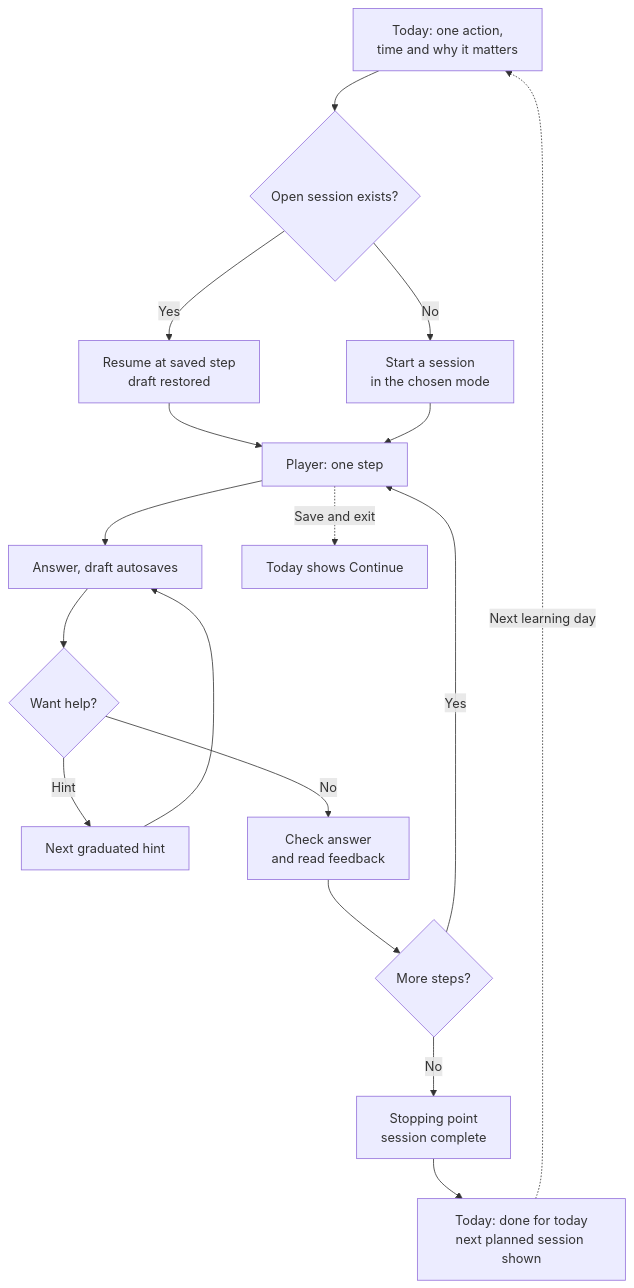
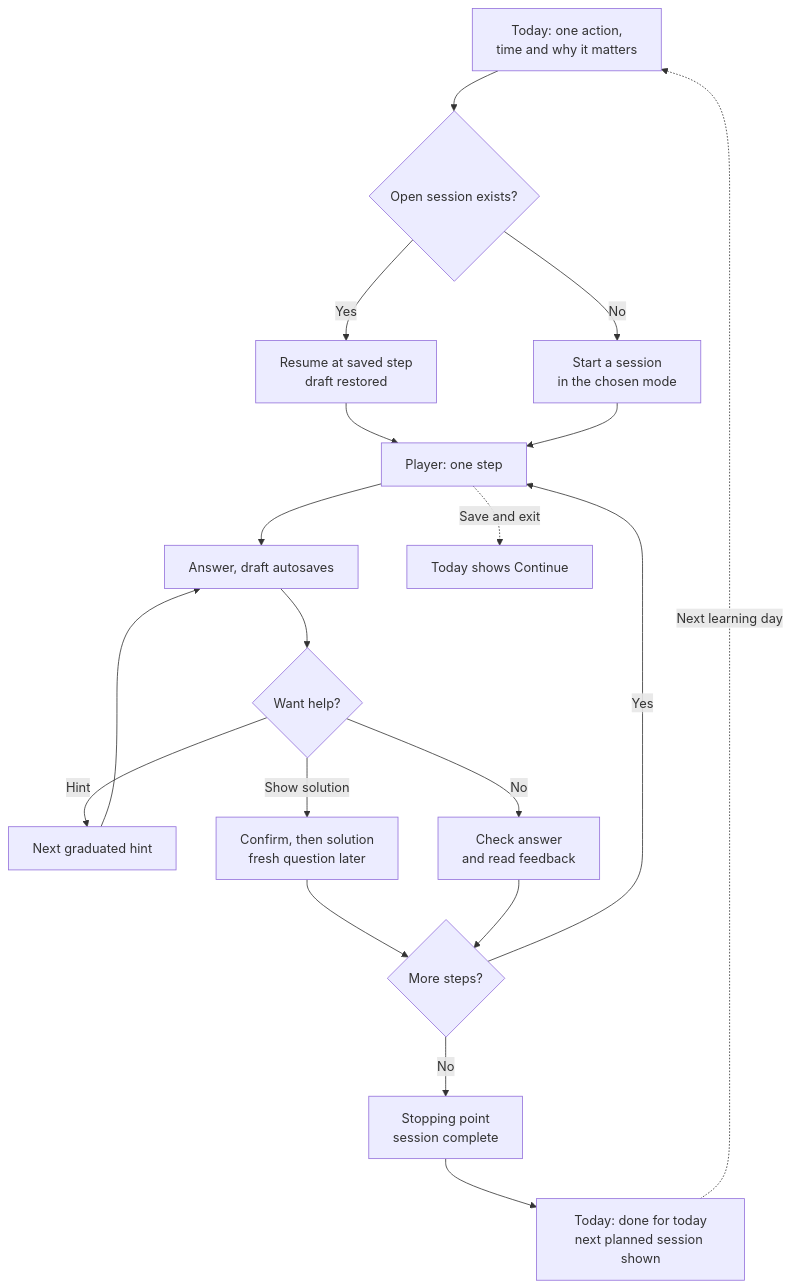
One commit to GhanshyamSoni68/app_idea changed the fourth of 12 diagrams in devstep/docs/08-ux-and-screens.md. Above: the diagram before and after it, drawn with Mermaid. The commit also changed other lines of this file and 8 other files, not shown here.

````diff
--- a/devstep/docs/08-ux-and-screens.md
+++ b/devstep/docs/08-ux-and-screens.md
@@ -181,14 +183,15 @@
 ```mermaid
 flowchart TD
   C1["Today: one action,<br/>time and why it matters"] --> C2{"Open session exists?"}
   C2 -->|Yes| C3["Resume at saved step<br/>draft restored"]
   C2 -->|No| C4["Start a session<br/>in the chosen mode"]
   C3 --> C5["Player: one step"] --> C6["Answer, draft autosaves"] --> C7{"Want help?"}
   C4 --> C5
   C7 -->|Hint| C8["Next graduated hint"] --> C6
+  C7 -->|Show solution| C14["Confirm, then solution<br/>fresh question later"] --> C10
   C7 -->|No| C9["Check answer<br/>and read feedback"] --> C10{"More steps?"}
   C10 -->|Yes| C5
   C10 -->|No| C11["Stopping point<br/>session complete"] --> C12["Today: done for today<br/>next planned session shown"]
   C5 -.->|Save and exit| C13["Today shows Continue"]
   C12 -.->|Next learning day| C1
 ```
````
